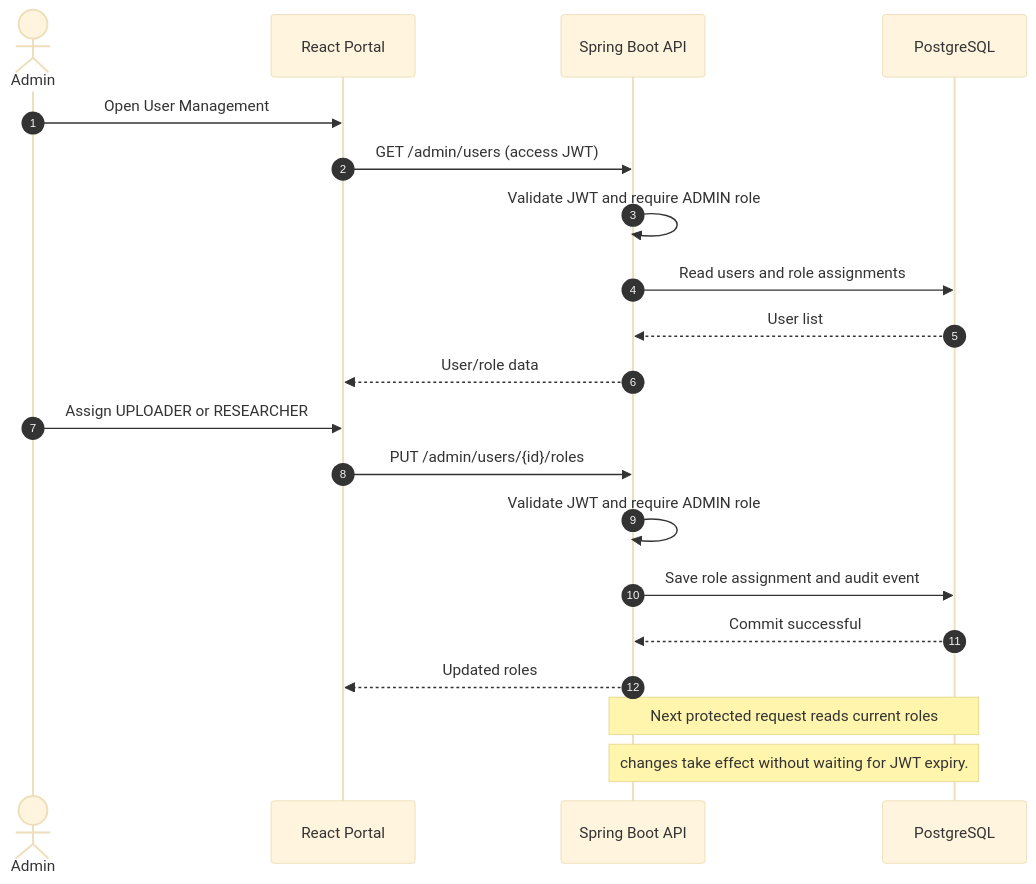
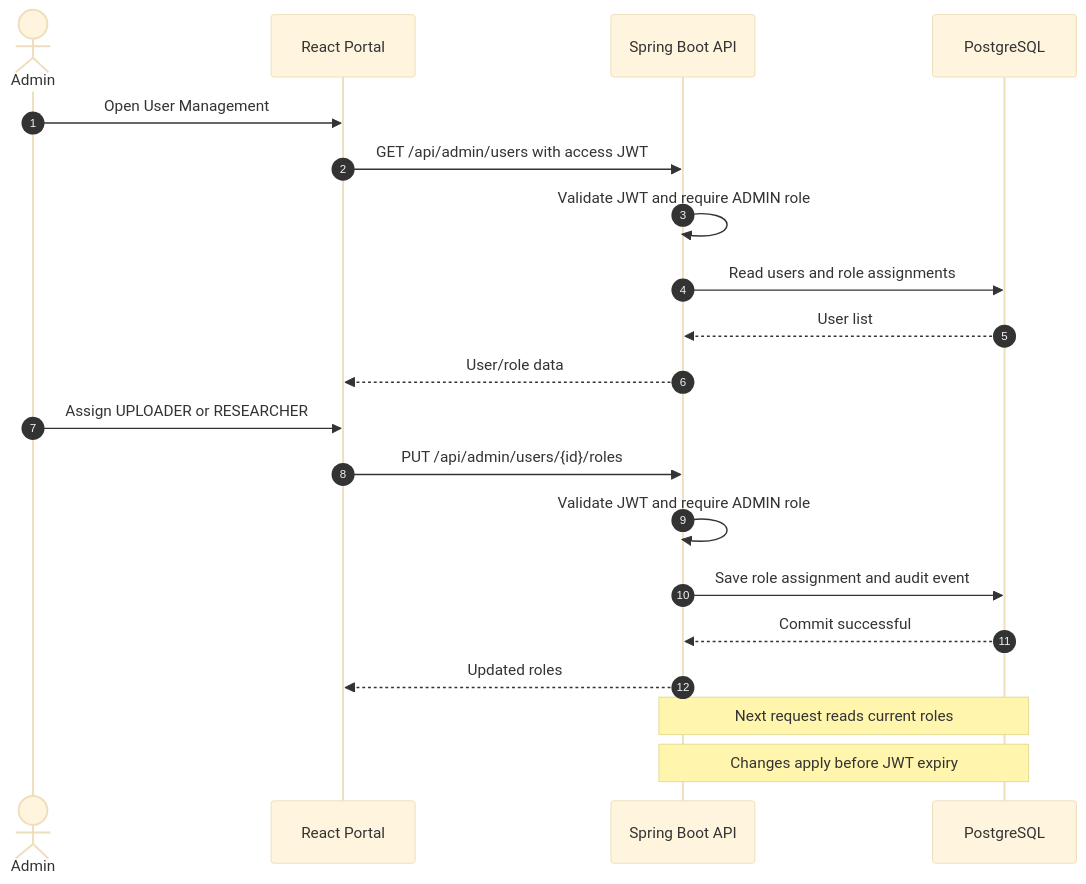
Before and after one commit to mathewpius19/Media-Mesh: the third of 7 diagrams in docs/design/ENTERPRISE_DESIGN_BACKGROUND.md, drawn with Mermaid (base theme). The commit also changed other lines of this file, not shown here.

````diff
--- a/docs/design/ENTERPRISE_DESIGN_BACKGROUND.md
+++ b/docs/design/ENTERPRISE_DESIGN_BACKGROUND.md
@@ -136,22 +140,22 @@
 ```mermaid
 sequenceDiagram
     autonumber
     actor Admin
     participant Web as React Portal
     participant API as Spring Boot API
     participant DB as PostgreSQL
     Admin->>Web: Open User Management
-    Web->>API: GET /admin/users (access JWT)
+    Web->>API: GET /api/admin/users with access JWT
     API->>API: Validate JWT and require ADMIN role
     API->>DB: Read users and role assignments
     DB-->>API: User list
     API-->>Web: User/role data
     Admin->>Web: Assign UPLOADER or RESEARCHER
-    Web->>API: PUT /admin/users/{id}/roles
+    Web->>API: PUT /api/admin/users/{id}/roles
     API->>API: Validate JWT and require ADMIN role
     API->>DB: Save role assignment and audit event
     DB-->>API: Commit successful
     API-->>Web: Updated roles
-    Note over API,DB: Next protected request reads current roles;
-    Note over API,DB: changes take effect without waiting for JWT expiry.
+    Note over API,DB: Next request reads current roles
+    Note over API,DB: Changes apply before JWT expiry
 ```
````
